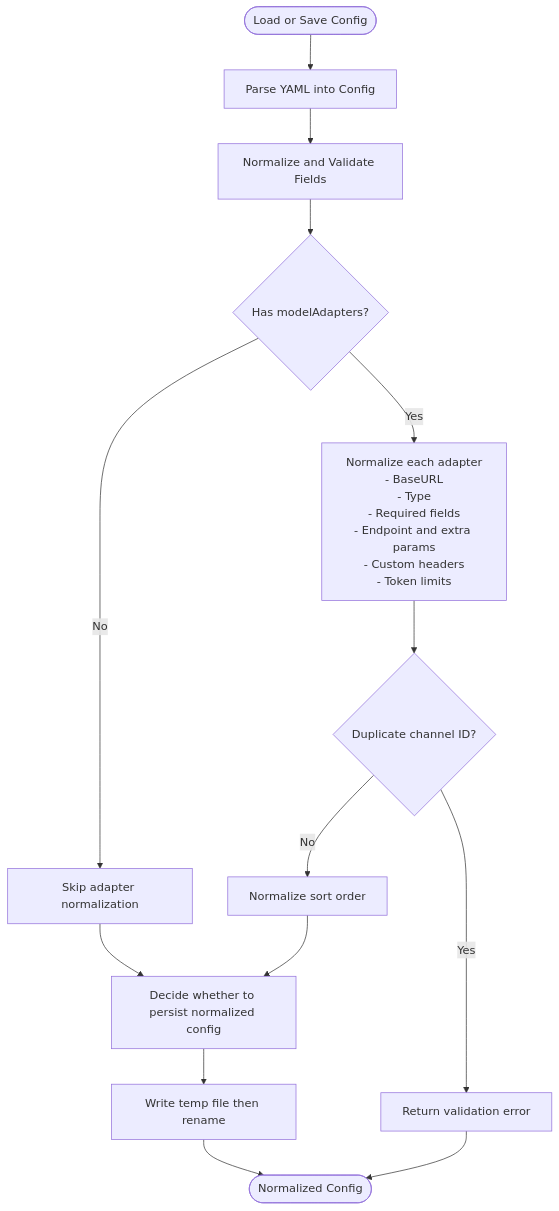
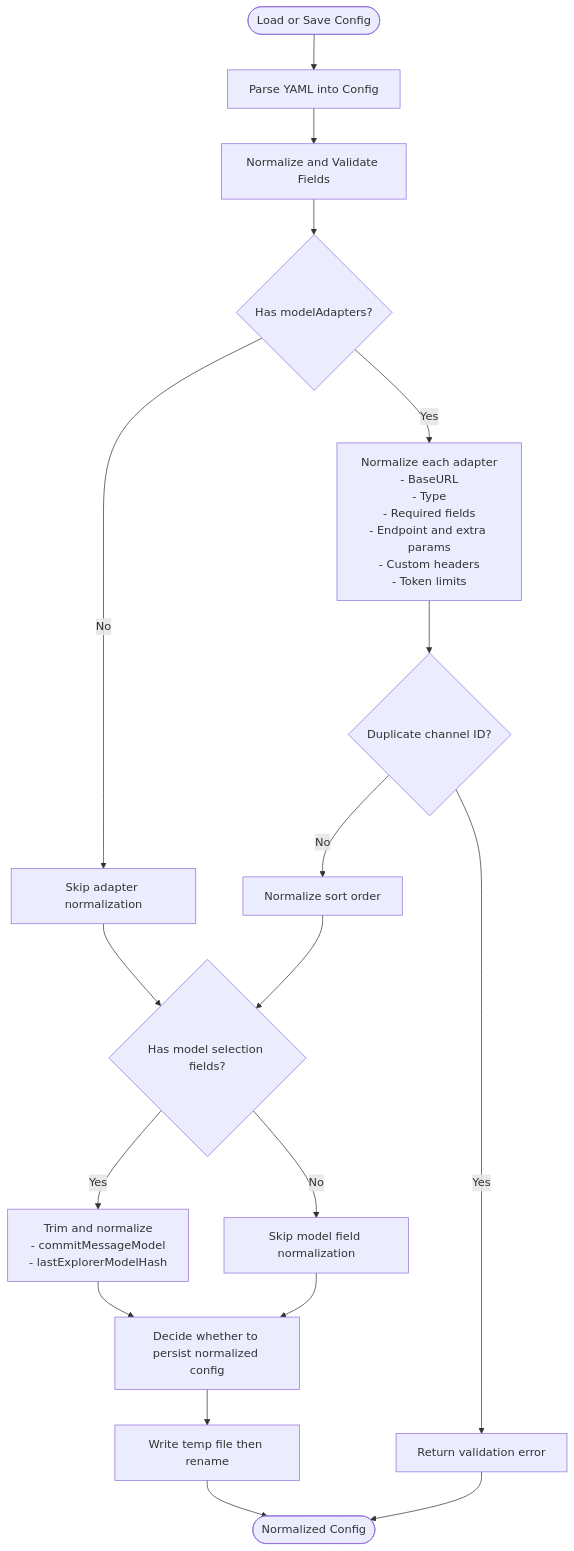
The third of 10 diagrams in .qoder/repowiki/en/content/Configuration System/Configuration System.md (philau2512/cursor-byok-go-v2), drawn with Mermaid before and after one commit. The commit also changed other lines of this file and 16 other files, not shown here.

First line of the commit message:
feat(forwarder): improve skill hijacking prevention and add multi-tier model selection

````diff
--- a/.qoder/repowiki/en/content/Configuration System/Configuration System.md
+++ b/.qoder/repowiki/en/content/Configuration System/Configuration System.md
@@ -172,16 +207,20 @@
 ```mermaid
 flowchart TD
 Start(["Load or Save Config"]) --> Parse["Parse YAML into Config"]
 Parse --> Validate["Normalize and Validate Fields"]
 Validate --> Adapters{"Has modelAdapters?"}
 Adapters --> |Yes| NormalizeAdapters["Normalize each adapter<br/>- BaseURL<br/>- Type<br/>- Required fields<br/>- Endpoint and extra params<br/>- Custom headers<br/>- Token limits"]
 Adapters --> |No| SkipAdapters["Skip adapter normalization"]
 NormalizeAdapters --> CheckDupes{"Duplicate channel ID?"}
 CheckDupes --> |Yes| Error["Return validation error"]
 CheckDupes --> |No| SortAdapters["Normalize sort order"]
-SkipAdapters --> PersistCheck["Decide whether to persist normalized config"]
-SortAdapters --> PersistCheck
+SkipAdapters --> ModelFields{"Has model selection fields?"}
+SortAdapters --> ModelFields
+ModelFields --> |Yes| NormalizeModelFields["Trim and normalize<br/>- commitMessageModel<br/>- lastExplorerModelHash"]
+ModelFields --> |No| SkipModelFields["Skip model field normalization"]
+NormalizeModelFields --> PersistCheck["Decide whether to persist normalized config"]
+SkipModelFields --> PersistCheck
 PersistCheck --> Persist["Write temp file then rename"]
 Persist --> End(["Normalized Config"])
 Error --> End
 ```
````
